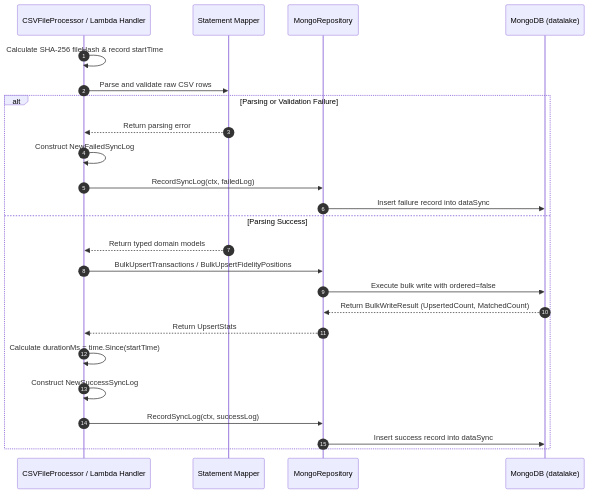
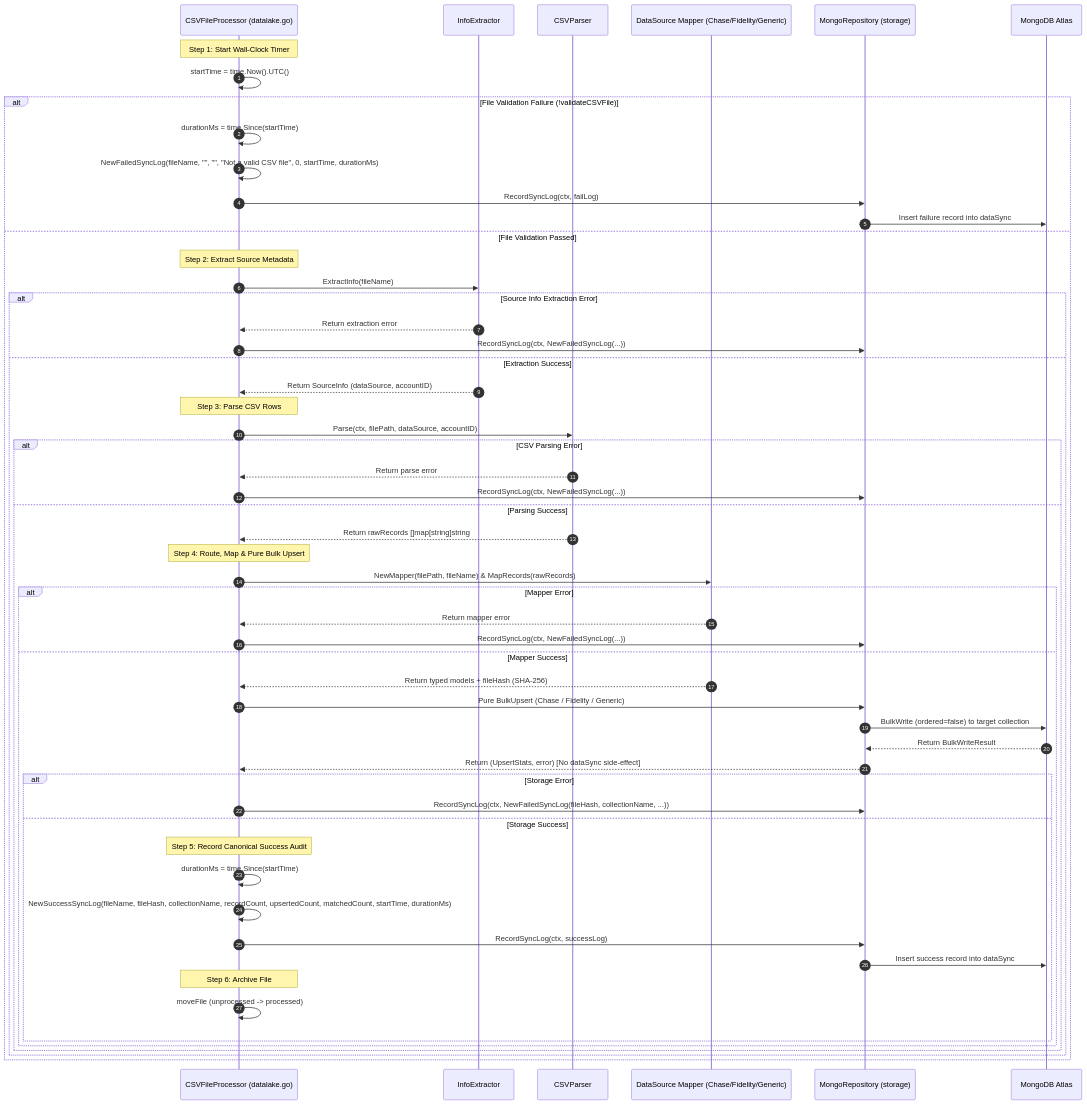
The third of 3 diagrams in docs/specs/datasync-audit-pipeline.md (ajponte/babylon_data_loader), drawn with Mermaid before and after one commit. The commit also changed other lines of this file and 11 other files, not shown here.

````diff
--- a/docs/specs/datasync-audit-pipeline.md
+++ b/docs/specs/datasync-audit-pipeline.md
@@ -427,27 +473,60 @@
 ```mermaid
 sequenceDiagram
     autonumber
-    participant Engine as CSVFileProcessor / Lambda Handler
-    participant Mapper as Statement Mapper
-    participant Repo as MongoRepository
-    participant Atlas as MongoDB (datalake)
+    participant Orchestrator as CSVFileProcessor (datalake.go)
+    participant Extractor as InfoExtractor
+    participant Parser as CSVParser
+    participant Mapper as DataSource Mapper (Chase/Fidelity/Generic)
+    participant Repo as MongoRepository (storage)
+    participant Atlas as MongoDB Atlas
 
-    Engine->>Engine: Calculate SHA-256 fileHash & record startTime
-    Engine->>Mapper: Parse and validate raw CSV rows
-    alt Parsing or Validation Failure
-        Mapper-->>Engine: Return parsing error
-        Engine->>Engine: Construct NewFailedSyncLog
-        Engine->>Repo: RecordSyncLog(ctx, failedLog)
+    Note over Orchestrator: Step 1: Start Wall-Clock Timer
+    Orchestrator->>Orchestrator: startTime = time.Now().UTC()
+
+    alt File Validation Failure (!validateCSVFile)
+        Orchestrator->>Orchestrator: durationMs = time.Since(startTime)
+        Orchestrator->>Orchestrator: NewFailedSyncLog(fileName, "", "", "Not a valid CSV file", 0, startTime, durationMs)
+        Orchestrator->>Repo: RecordSyncLog(ctx, failLog)
         Repo->>Atlas: Insert failure record into dataSync
-    else Parsing Success
-        Mapper-->>Engine: Return typed domain models
-        Engine->>Repo: BulkUpsertTransactions / BulkUpsertFidelityPositions
-        Repo->>Atlas: Execute bulk write with ordered=false
-        Atlas-->>Repo: Return BulkWriteResult (UpsertedCount, MatchedCount)
-        Repo-->>Engine: Return UpsertStats
-        Engine->>Engine: Calculate durationMs = time.Since(startTime)
-        Engine->>Engine: Construct NewSuccessSyncLog
-        Engine->>Repo: RecordSyncLog(ctx, successLog)
-        Repo->>Atlas: Insert success record into dataSync
+    else File Validation Passed
+        Note over Orchestrator: Step 2: Extract Source Metadata
+        Orchestrator->>Extractor: ExtractInfo(fileName)
+        alt Source Info Extraction Error
+            Extractor-->>Orchestrator: Return extraction error
+            Orchestrator->>Repo: RecordSyncLog(ctx, NewFailedSyncLog(...))
+        else Extraction Success
+            Extractor-->>Orchestrator: Return SourceInfo (dataSource, accountID)
+            Note over Orchestrator: Step 3: Parse CSV Rows
+            Orchestrator->>Parser: Parse(ctx, filePath, dataSource, accountID)
+            alt CSV Parsing Error
+                Parser-->>Orchestrator: Return parse error
+                Orchestrator->>Repo: RecordSyncLog(ctx, NewFailedSyncLog(...))
+            else Parsing Success
+                Parser-->>Orchestrator: Return rawRecords []map[string]string
+                Note over Orchestrator: Step 4: Route, Map & Pure Bulk Upsert
+                Orchestrator->>Mapper: NewMapper(filePath, fileName) & MapRecords(rawRecords)
+                alt Mapper Error
+                    Mapper-->>Orchestrator: Return mapper error
+                    Orchestrator->>Repo: RecordSyncLog(ctx, NewFailedSyncLog(...))
+                else Mapper Success
+                    Mapper-->>Orchestrator: Return typed models + fileHash (SHA-256)
+                    Orchestrator->>Repo: Pure BulkUpsert (Chase / Fidelity / Generic)
+                    Repo->>Atlas: BulkWrite (ordered=false) to target collection
+                    Atlas-->>Repo: Return BulkWriteResult
+                    Repo-->>Orchestrator: Return (UpsertStats, error) [No dataSync side-effect]
+                    alt Storage Error
+                        Orchestrator->>Repo: RecordSyncLog(ctx, NewFailedSyncLog(fileHash, collectionName, ...))
+                    else Storage Success
+                        Note over Orchestrator: Step 5: Record Canonical Success Audit
+                        Orchestrator->>Orchestrator: durationMs = time.Since(startTime)
+                        Orchestrator->>Orchestrator: NewSuccessSyncLog(fileName, fileHash, collectionName, recordCount, upsertedCount, matchedCount, startTime, durationMs)
+                        Orchestrator->>Repo: RecordSyncLog(ctx, successLog)
+                        Repo->>Atlas: Insert success record into dataSync
+                        Note over Orchestrator: Step 6: Archive File
+                        Orchestrator->>Orchestrator: moveFile (unprocessed -> processed)
+                    end
+                end
+            end
+        end
     end
 ```
````
